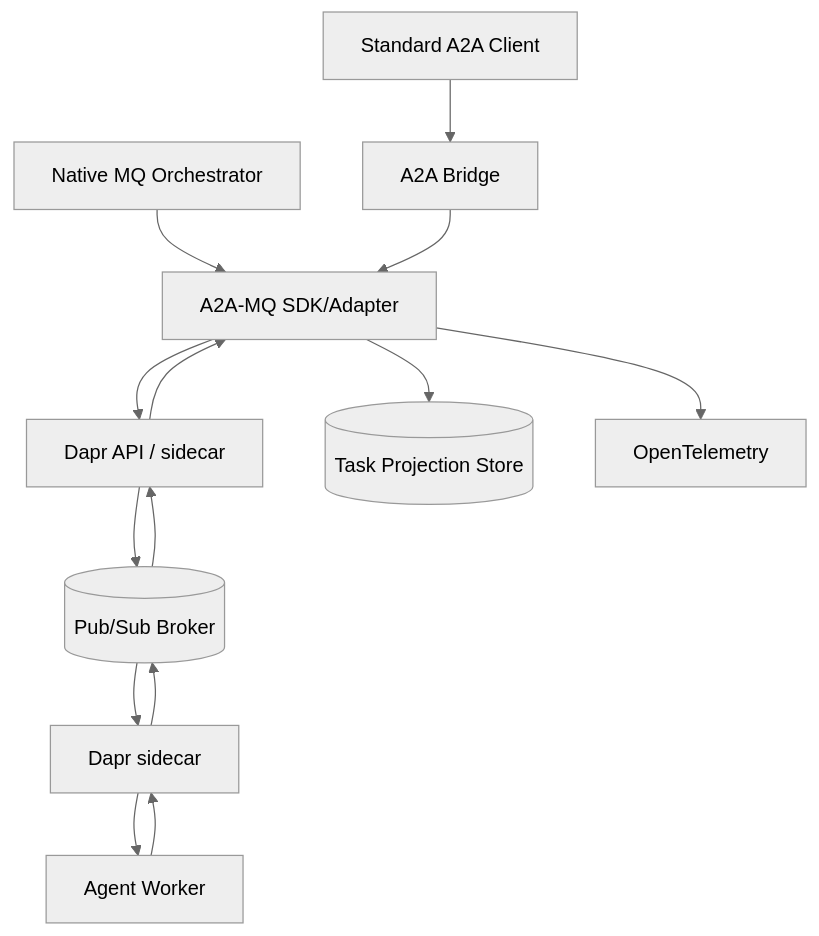
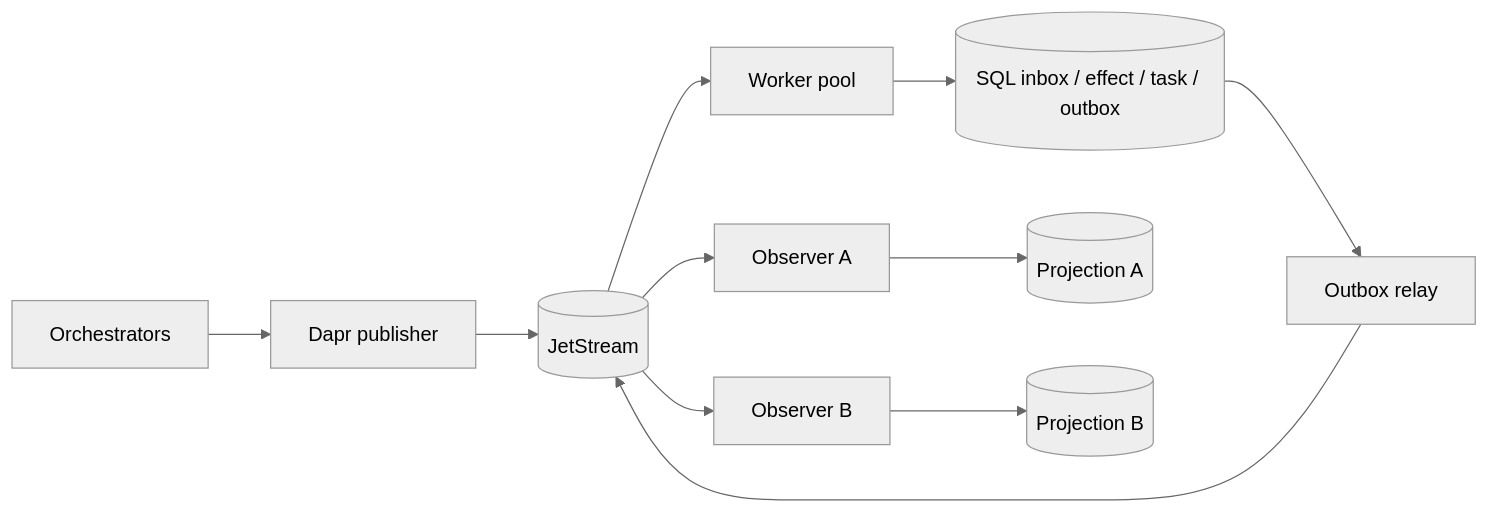
Before and after one commit to rodhayl/A2A_MQ: the diagram in docs/ARCHITECTURE.md, drawn with Mermaid (neutral theme). The commit also changed other lines of this file and 29 other files, not shown here.

Commit message:
phase 0: correct architecture and establish tested repository baseline

````diff
--- a/docs/ARCHITECTURE.md
+++ b/docs/ARCHITECTURE.md
@@ -7,16 +5,13 @@
 ```mermaid
-flowchart TB
-    C[Standard A2A Client] --> B[A2A Bridge]
-    O[Native MQ Orchestrator] --> SDK[A2A-MQ SDK/Adapter]
-    B --> SDK
-    SDK --> D[Dapr API / sidecar]
-    D --> P[(Pub/Sub Broker)]
-    P --> WD[Dapr sidecar]
-    WD --> W[Agent Worker]
-    W --> WD
-    WD --> P
-    P --> D
-    D --> SDK
-    SDK --> TP[(Task Projection Store)]
-    SDK --> OT[OpenTelemetry]
+flowchart LR
+  O[Orchestrators] --> P[Dapr publisher]
+  P --> B[(JetStream)]
+  B --> W[Worker pool]
+  W --> S[(SQL inbox / effect / task / outbox)]
+  S --> R[Outbox relay]
+  R --> B
+  B --> A[Observer A]
+  B --> C[Observer B]
+  A --> PA[(Projection A)]
+  C --> PC[(Projection B)]
 ```
````
